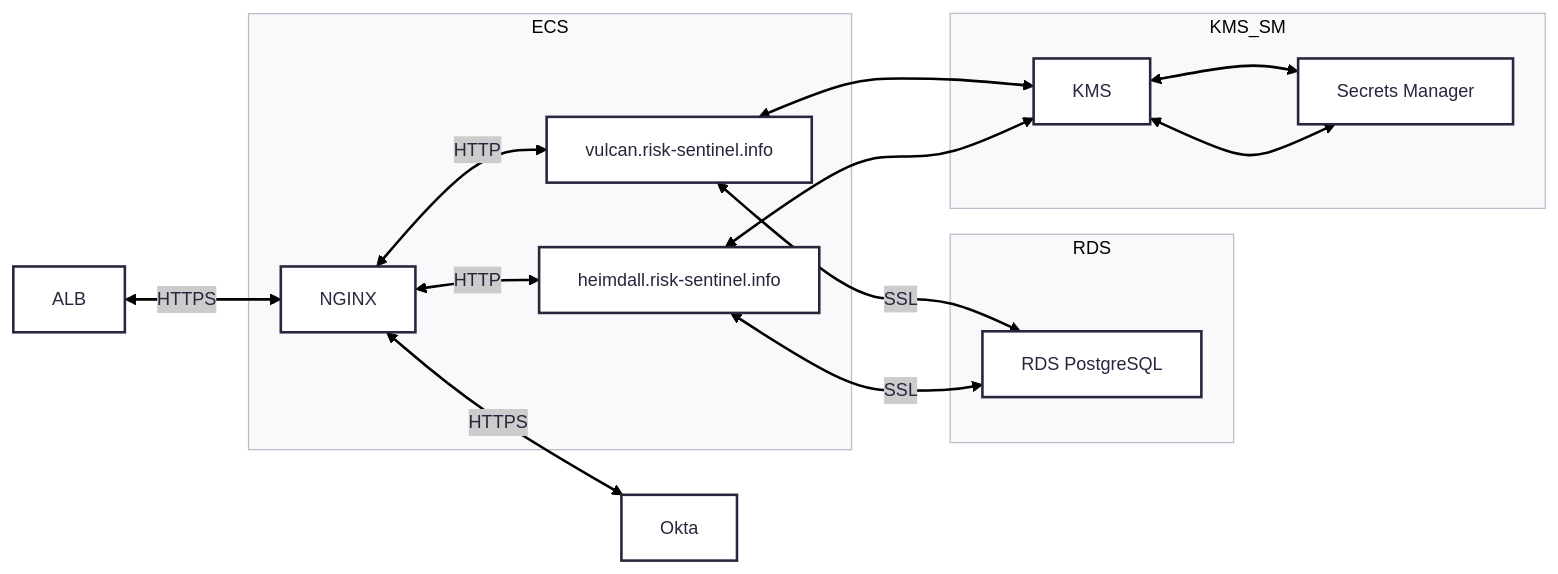
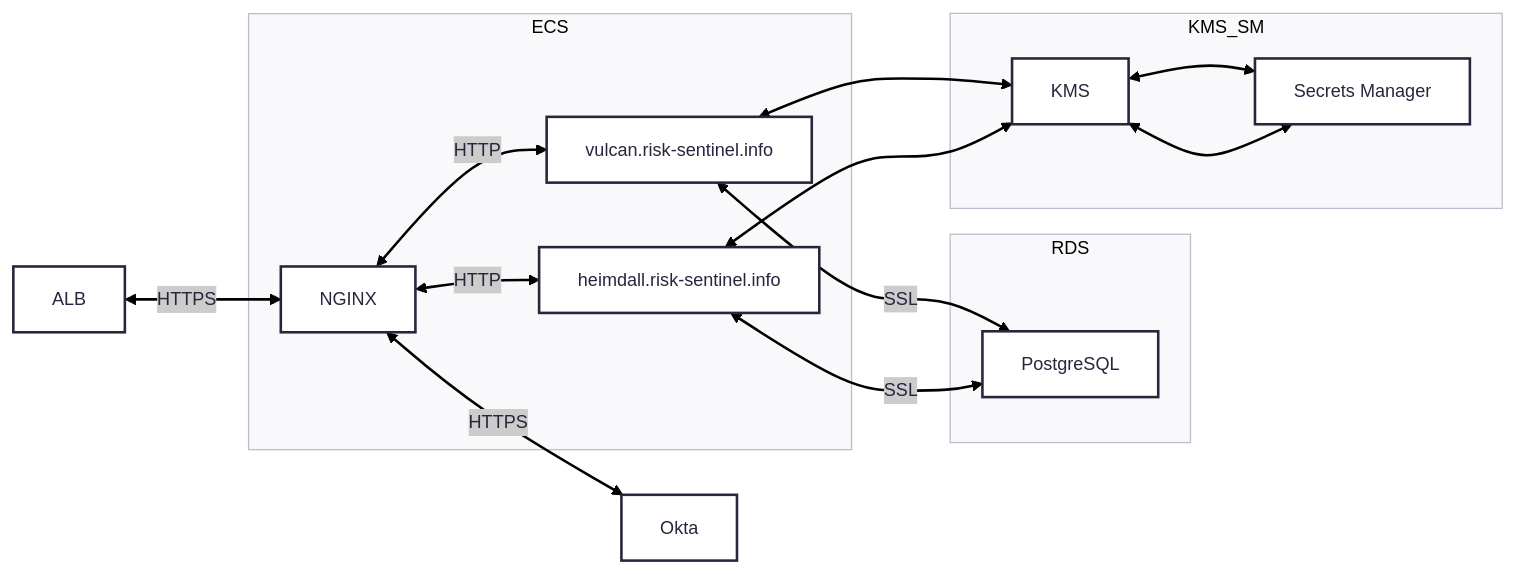
Before and after one commit to clem-field/Sandbox: the second of 2 diagrams in README.md, drawn with Mermaid. The commit also changed 10 other files, not shown here.

````diff
--- a/README.md
+++ b/README.md
@@ -42,32 +42,32 @@
 ```mermaid
 ---
 config:
     theme: redux
 ---
 flowchart LR
     A["`ALB`"]
     B["`NGINX`"]
     C["`vulcan.risk-sentinel.info`"]
     D["`heimdall.risk-sentinel.info`"]
-    E["`RDS PostgreSQL`"]
+    E["`PostgreSQL`"]
     F["`Secrets Manager`"]
     f["`KMS`"]
     G["`Okta`"]
     A <--> |HTTPS| B 
     subgraph ECS 
     B <--> |HTTP| C
     B <--> |HTTP| D
     end
     subgraph RDS
     C <--> | SSL | E
     D <--> | SSL | E
     end
     B <--> | HTTPS | G
     subgraph KMS_SM
     F
     f
     end
     C <--> f <--> F
     D <--> f <--> F 
     
 ```
````
